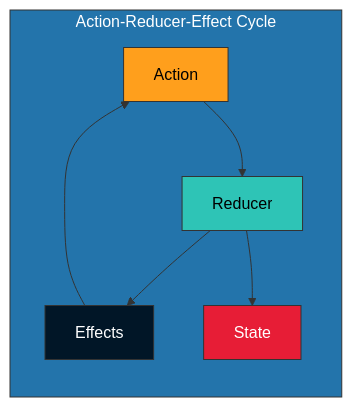
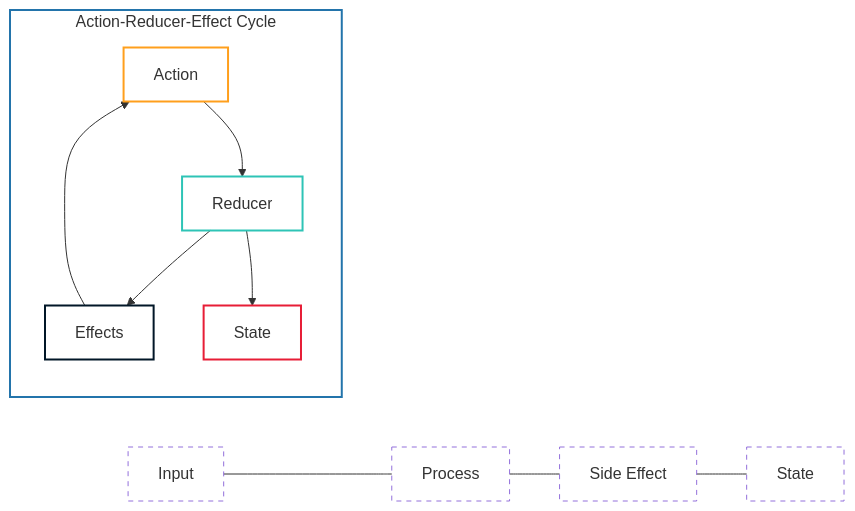
Before and after one commit to openmina/openmina: the diagram in llm-docs/architecture/action-reducer-effect.md, drawn with Mermaid. The commit also changed other lines of this file and 7 other files, not shown here.

Commit message:
Updated Diagrams

````diff
--- a/llm-docs/architecture/action-reducer-effect.md
+++ b/llm-docs/architecture/action-reducer-effect.md
@@ -7,21 +7,26 @@
 ```mermaid
 flowchart LR
     subgraph Cycle["Action-Reducer-Effect Cycle"]
         Action["Action"] --> Reducer["Reducer"]
         Reducer --> Effects["Effects"]
         Reducer --> State["State"]
         Effects --> Action
     end
 
-    classDef cycleClass fill:#2374ab,stroke:#333,stroke-width:1px,color:white;
-    classDef actionClass fill:#ff9f1c,stroke:#333,stroke-width:1px,color:black;
-    classDef reducerClass fill:#2ec4b6,stroke:#333,stroke-width:1px,color:black;
-    classDef stateClass fill:#e71d36,stroke:#333,stroke-width:1px,color:white;
-    classDef effectsClass fill:#011627,stroke:#333,stroke-width:1px,color:white;
+    %% Legend
+    L1["Input"] --- L2["Process"] --- L3["Side Effect"] --- L4["State"]
+
+    classDef cycleClass stroke:#2374ab,stroke-width:2px,fill:none;
+    classDef actionClass stroke:#ff9f1c,stroke-width:2px,fill:none;
+    classDef reducerClass stroke:#2ec4b6,stroke-width:2px,fill:none;
+    classDef stateClass stroke:#e71d36,stroke-width:2px,fill:none;
+    classDef effectsClass stroke:#011627,stroke-width:2px,fill:none;
+    classDef legend stroke-dasharray: 5 5, fill:none;
 
     class Cycle cycleClass;
     class Action actionClass;
     class Reducer reducerClass;
     class State stateClass;
     class Effects effectsClass;
+    class L1,L2,L3,L4 legend;
 ```
````
